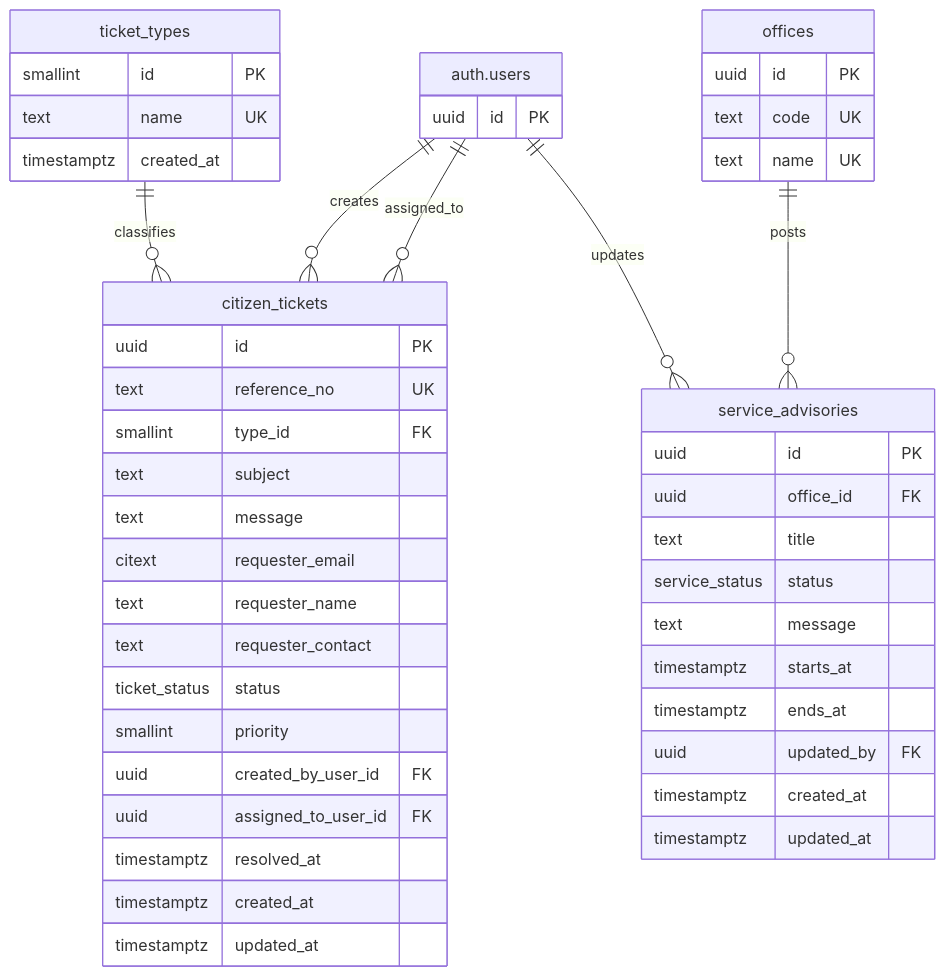
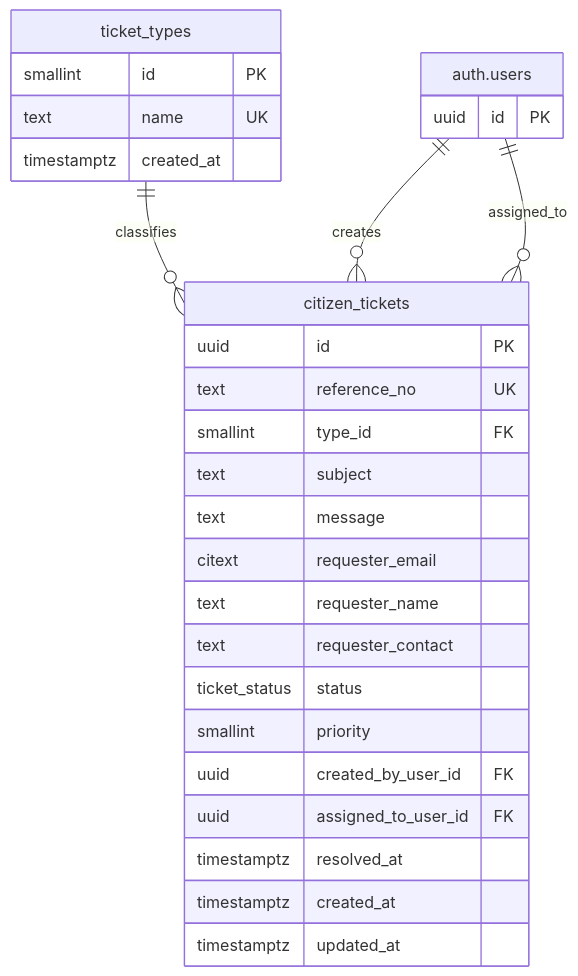
Before and after one commit to txiaoqt/lydo-connect-org-focused: the eighth of 9 diagrams in Methodology/3.2.4-Database-Schema.md, drawn with Mermaid. The commit also changed other lines of this file and 21 other files, not shown here.

````diff
--- a/Methodology/3.2.4-Database-Schema.md
+++ b/Methodology/3.2.4-Database-Schema.md
@@ -880,55 +896,35 @@
 ```mermaid
 erDiagram
     ticket_types ||--o{ citizen_tickets : classifies
     auth.users ||--o{ citizen_tickets : creates
     auth.users ||--o{ citizen_tickets : assigned_to
-    offices ||--o{ service_advisories : posts
-    auth.users ||--o{ service_advisories : updates
 
     auth.users {
       uuid id PK
-    }
-
-    offices {
-      uuid id PK
-      text code UK
-      text name UK
     }
 
     ticket_types {
       smallint id PK
       text name UK
       timestamptz created_at
     }
 
     citizen_tickets {
       uuid id PK
       text reference_no UK
       smallint type_id FK
       text subject
       text message
       citext requester_email
       text requester_name
       text requester_contact
       ticket_status status
       smallint priority
       uuid created_by_user_id FK
       uuid assigned_to_user_id FK
       timestamptz resolved_at
       timestamptz created_at
       timestamptz updated_at
     }
 
-    service_advisories {
-      uuid id PK
-      uuid office_id FK
-      text title
-      service_status status
-      text message
-      timestamptz starts_at
-      timestamptz ends_at
-      uuid updated_by FK
-      timestamptz created_at
-      timestamptz updated_at
-    }
 ```
````
